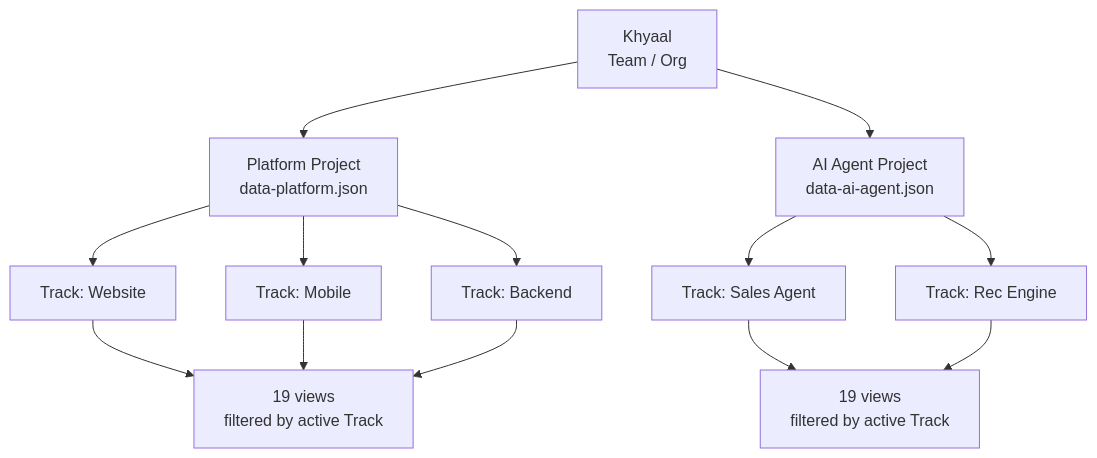
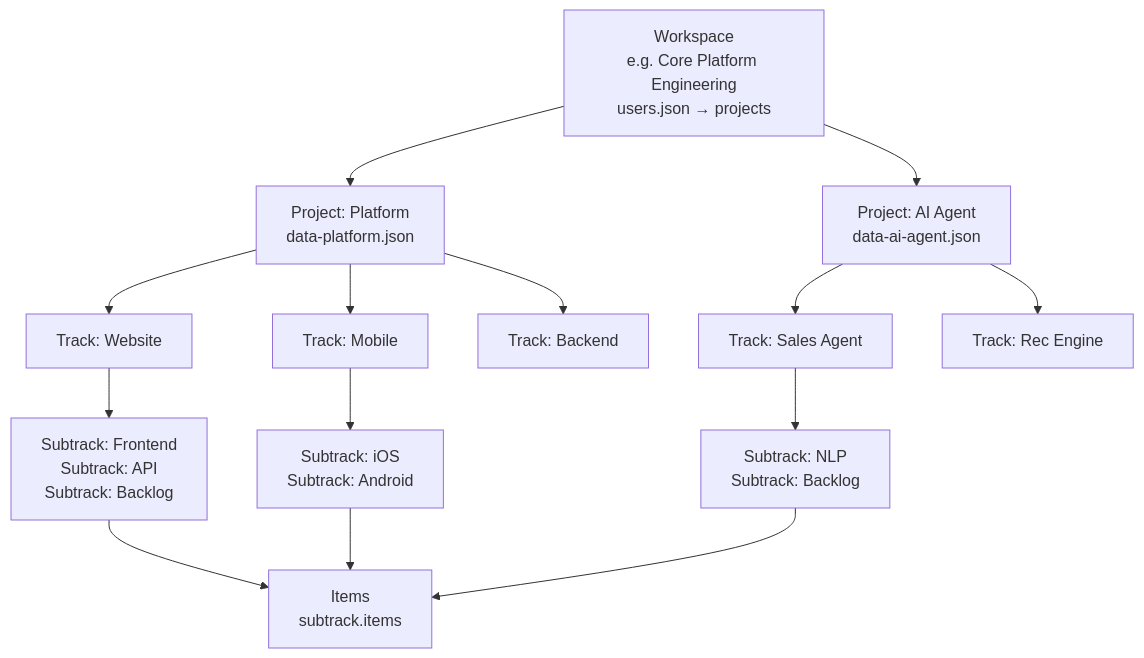
Before and after one commit to Khyaal-Inc/khyaal-engineering-updates: the fifth of 6 diagrams in docs/PRODUCT_FLOW.md, drawn with Mermaid. The commit also changed other lines of this file and 8 other files, not shown here.

````diff
--- a/docs/PRODUCT_FLOW.md
+++ b/docs/PRODUCT_FLOW.md
@@ -152,13 +152,15 @@
 ```mermaid
 flowchart TD
-    ORG[Khyaal\nTeam / Org]
-    ORG --> P1[Platform Project\ndata-platform.json]
-    ORG --> P2[AI Agent Project\ndata-ai-agent.json]
+    WS[Workspace\ne.g. Core Platform Engineering\nusers.json → projects]
+    WS --> P1[Project: Platform\ndata-platform.json]
+    WS --> P2[Project: AI Agent\ndata-ai-agent.json]
     P1 --> T1A[Track: Website]
     P1 --> T1B[Track: Mobile]
     P1 --> T1C[Track: Backend]
     P2 --> T2A[Track: Sales Agent]
     P2 --> T2B[Track: Rec Engine]
-    T1A & T1B & T1C --> V1[19 views\nfiltered by active Track]
-    T2A & T2B --> V2[19 views\nfiltered by active Track]
+    T1A --> S1A[Subtrack: Frontend\nSubtrack: API\nSubtrack: Backlog]
+    T1B --> S1B[Subtrack: iOS\nSubtrack: Android]
+    T2A --> S2A[Subtrack: NLP\nSubtrack: Backlog]
+    S1A & S1B & S2A --> I[Items\nsubtrack.items]
 ```
````
